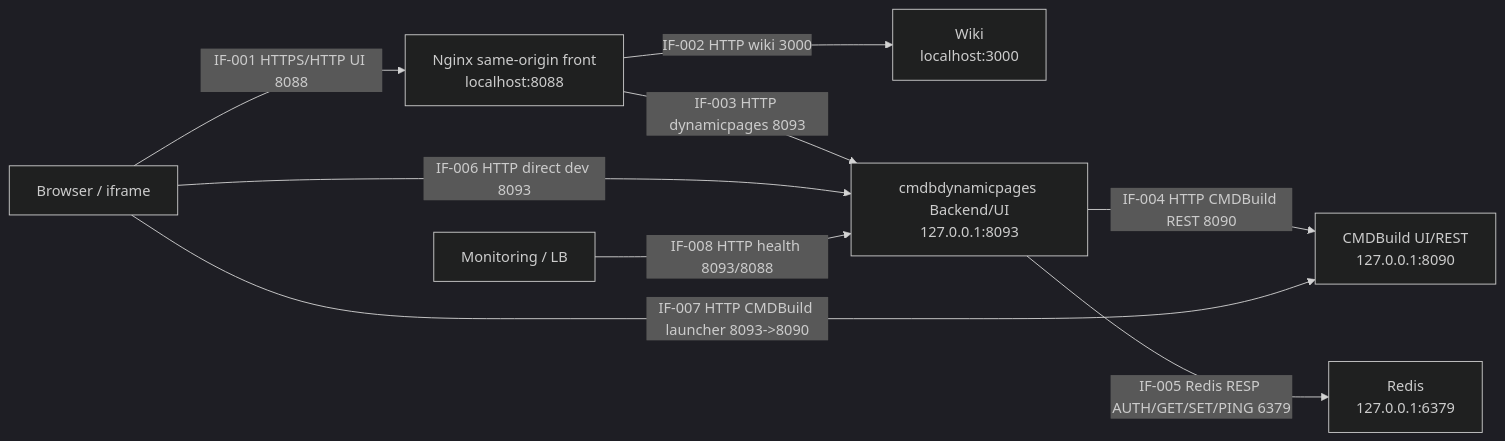
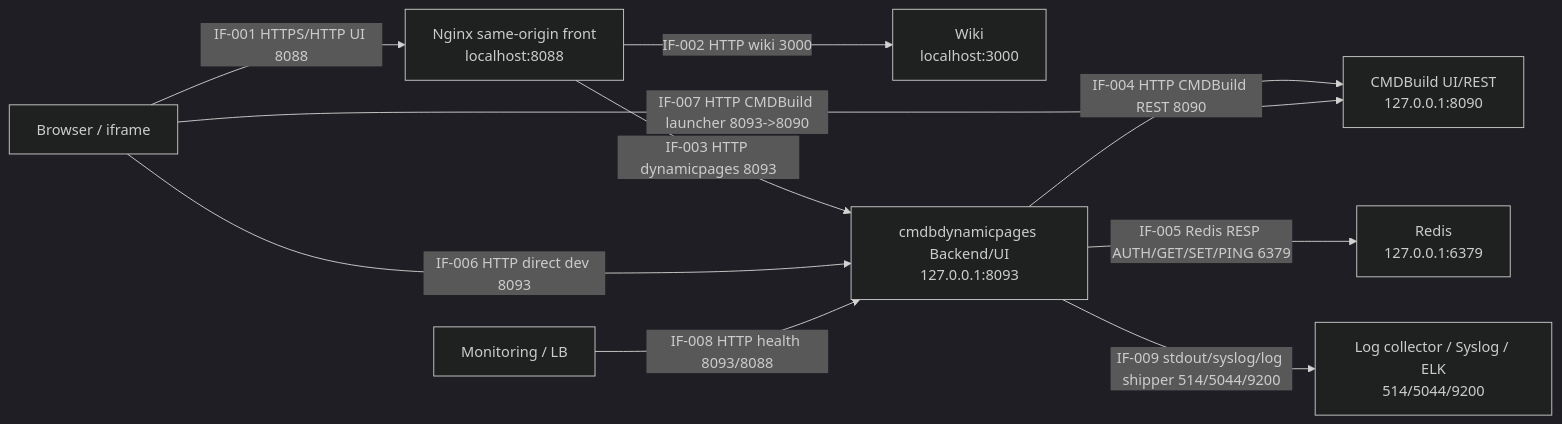
The diagram in aa/information-model.md (igorlyapin-max/cmdbdynamicpages), drawn with Mermaid (dark theme) before and after one commit. The commit also changed other lines of this file and 30 other files, not shown here.

````diff
--- a/aa/information-model.md
+++ b/aa/information-model.md
@@ -5,19 +5,21 @@
 ```mermaid
 flowchart LR
   Browser[Browser / iframe]
   Nginx[Nginx same-origin front<br/>localhost:8088]
   Wiki[Wiki<br/>localhost:3000]
   Backend[cmdbdynamicpages Backend/UI<br/>127.0.0.1:8093]
   CMDB[CMDBuild UI/REST<br/>127.0.0.1:8090]
   Redis[Redis<br/>127.0.0.1:6379]
   Monitor[Monitoring / LB]
+  Logs[Log collector / Syslog / ELK<br/>514/5044/9200]
 
   Browser -->|IF-001 HTTPS/HTTP UI 8088| Nginx
   Nginx -->|IF-002 HTTP wiki 3000| Wiki
   Nginx -->|IF-003 HTTP dynamicpages 8093| Backend
   Backend -->|IF-004 HTTP CMDBuild REST 8090| CMDB
   Backend -->|IF-005 Redis RESP AUTH/GET/SET/PING 6379| Redis
   Browser -->|IF-006 HTTP direct dev 8093| Backend
   Browser -->|IF-007 HTTP CMDBuild launcher 8093->8090| CMDB
   Monitor -->|IF-008 HTTP health 8093/8088| Backend
+  Backend -->|IF-009 stdout/syslog/log shipper 514/5044/9200| Logs
 ```
````
